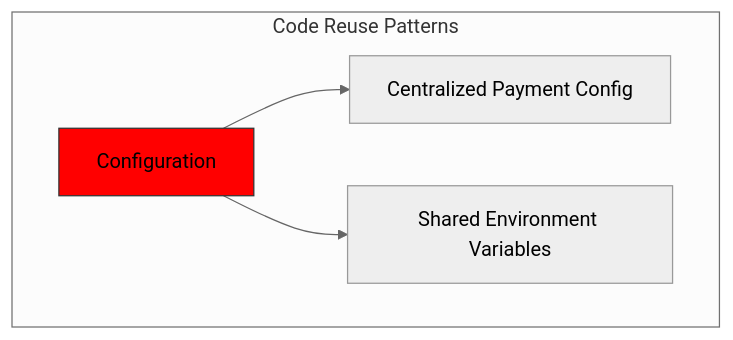
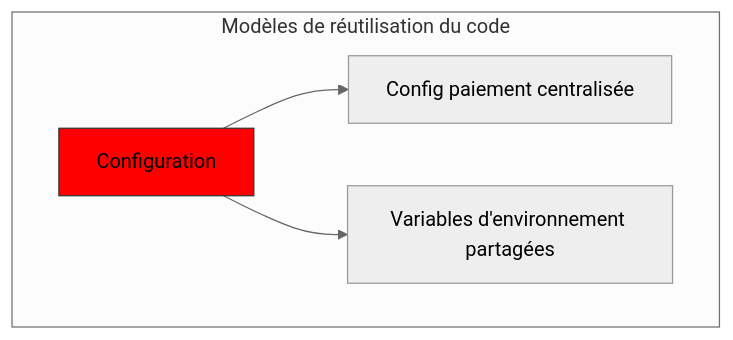
The fifth of 7 diagrams in app/views/docs/building-reliable-payment-system-stripe-paypal/index-fr.md (forwardemail/forwardemail.net), drawn with Mermaid (neutral theme) before and after one commit. The commit also changed other lines of this file and 1055 other files, not shown here.

````diff
--- a/app/views/docs/building-reliable-payment-system-stripe-paypal/index-fr.md
+++ b/app/views/docs/building-reliable-payment-system-stripe-paypal/index-fr.md
@@ -626,13 +630,13 @@
 ```mermaid
 graph TD
-    subgraph "Code Reuse Patterns"
-        I[Configuration] --> J[Centralized Payment Config]
-        I --> K[Shared Environment Variables]
+    subgraph "Modèles de réutilisation du code"
+        I[Configuration] --> J[Config paiement centralisée]
+        I --> K[Variables d'environnement partagées]
     end
 
     classDef primary fill:blue,stroke:#333,stroke-width:2px;
     classDef secondary fill:red,stroke:#333,stroke-width:1px;
 
     class A,P,V primary;
     class B,C,D,E,I,L,Q,R,S,W,X,Y,Z secondary;
 ```
````
